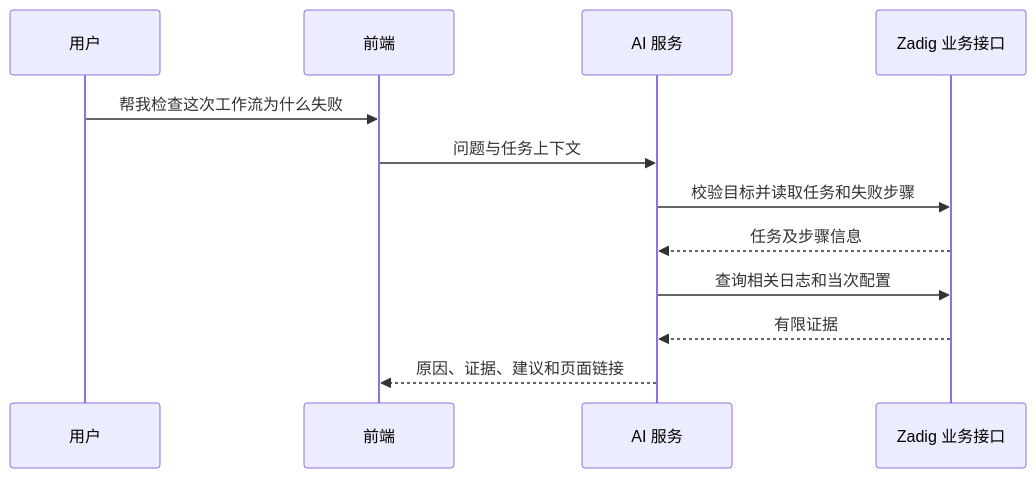
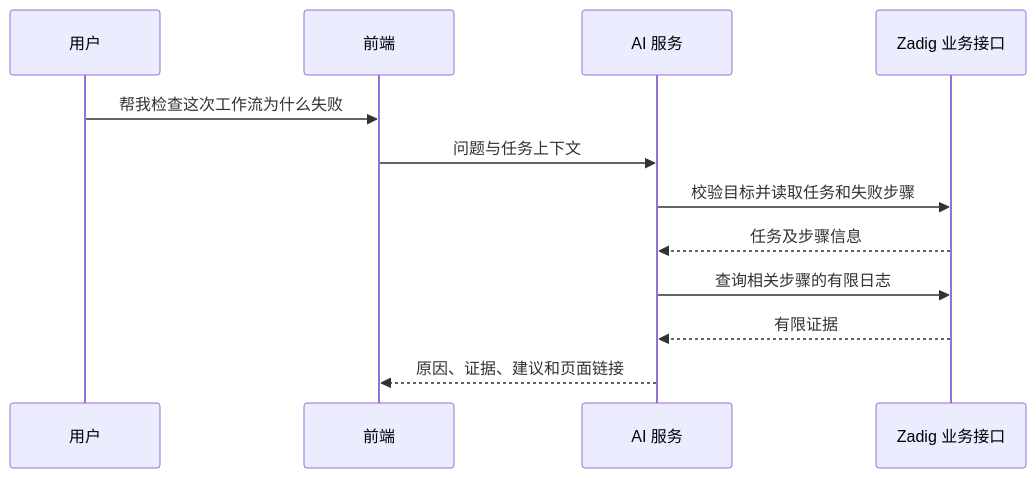
The second of 2 diagrams in community/rfc/2026-10-28-zadig-ai-assistant-design.md (koderover/zadig), drawn with Mermaid before and after one commit. The commit also changed other lines of this file and 76 other files, not shown here.

````diff
--- a/community/rfc/2026-10-28-zadig-ai-assistant-design.md
+++ b/community/rfc/2026-10-28-zadig-ai-assistant-design.md
@@ -289,14 +297,14 @@
 ```mermaid
 sequenceDiagram
     participant U as 用户
     participant F as 前端
     participant A as AI 服务
     participant Z as Zadig 业务接口
     U->>F: 帮我检查这次工作流为什么失败
     F->>A: 问题与任务上下文
     A->>Z: 校验目标并读取任务和失败步骤
     Z-->>A: 任务及步骤信息
-    A->>Z: 查询相关日志和当次配置
+    A->>Z: 查询相关步骤的有限日志
     Z-->>A: 有限证据
     A-->>F: 原因、证据、建议和页面链接
 ```
````
